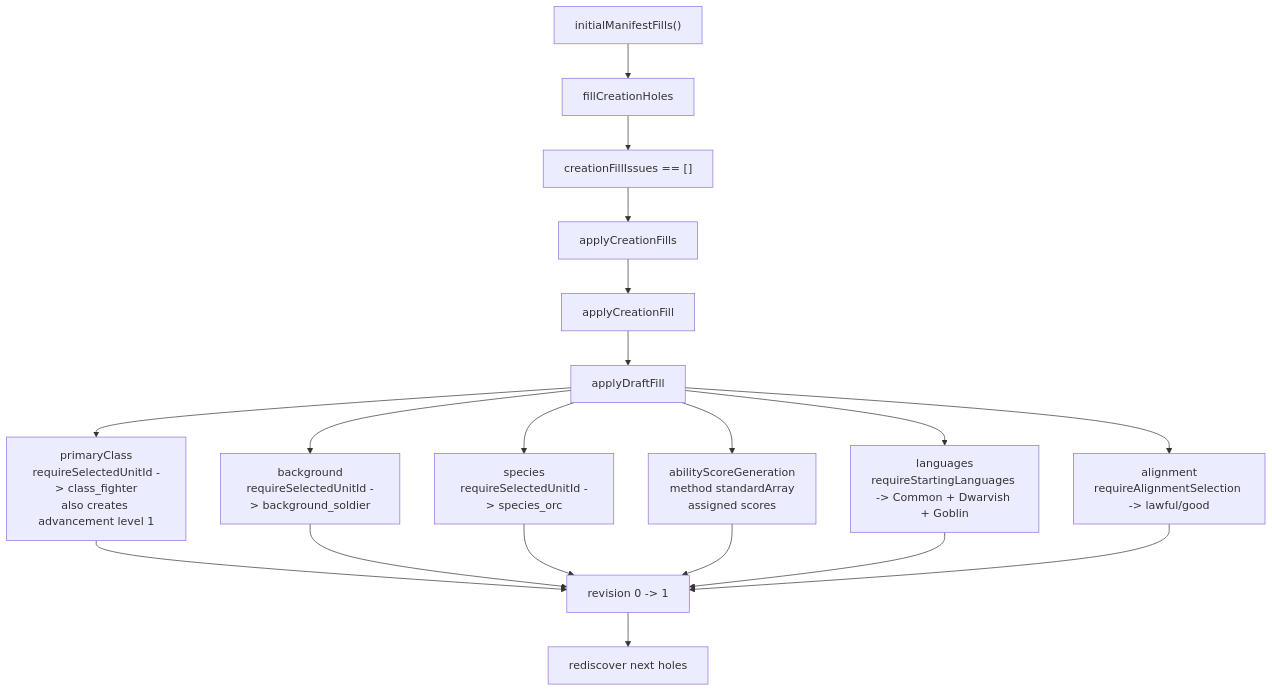
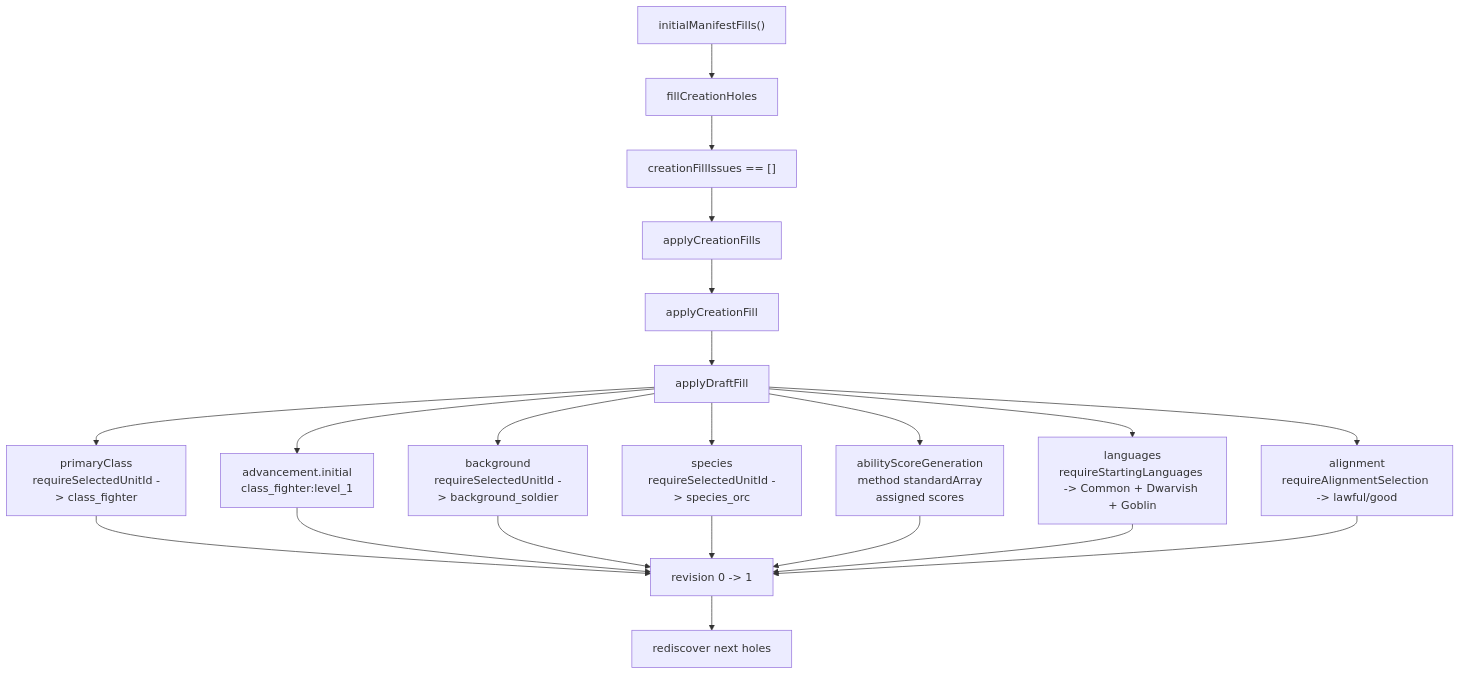
One commit to dearlordylord/5e-quint changed the fifth of 10 diagrams in packages/character-creation-runtime/EXPLANATORY_TIME_DIAGRAM.md. Above: the diagram before and after it, drawn with Mermaid. The commit also changed other lines of this file and 21 other files, not shown here.

````diff
--- a/packages/character-creation-runtime/EXPLANATORY_TIME_DIAGRAM.md
+++ b/packages/character-creation-runtime/EXPLANATORY_TIME_DIAGRAM.md
@@ -313,32 +313,35 @@
 ```mermaid
 flowchart TD
   Batch["initialManifestFills()"]
   Fill["fillCreationHoles"]
   Validate["creationFillIssues == []"]
   Apply["applyCreationFills"]
   Dispatch["applyCreationFill"]
   DraftFill["applyDraftFill"]
-  Class["primaryClass<br/>requireSelectedUnitId -> class_fighter<br/>also creates advancement level 1"]
+  Class["primaryClass<br/>requireSelectedUnitId -> class_fighter"]
+  Advancement["advancement.initial<br/>class_fighter:level_1"]
   Background["background<br/>requireSelectedUnitId -> background_soldier"]
   Species["species<br/>requireSelectedUnitId -> species_orc"]
   Scores["abilityScoreGeneration<br/>method standardArray<br/>assigned scores"]
   Languages["languages<br/>requireStartingLanguages -> Common + Dwarvish + Goblin"]
   Alignment["alignment<br/>requireAlignmentSelection -> lawful/good"]
   Rev["revision 0 -> 1"]
   Next["rediscover next holes"]
 
   Batch --> Fill --> Validate --> Apply --> Dispatch --> DraftFill
   DraftFill --> Class
+  DraftFill --> Advancement
   DraftFill --> Background
   DraftFill --> Species
   DraftFill --> Scores
   DraftFill --> Languages
   DraftFill --> Alignment
   Class --> Rev
+  Advancement --> Rev
   Background --> Rev
   Species --> Rev
   Scores --> Rev
   Languages --> Rev
   Alignment --> Rev
   Rev --> Next
 ```
````
